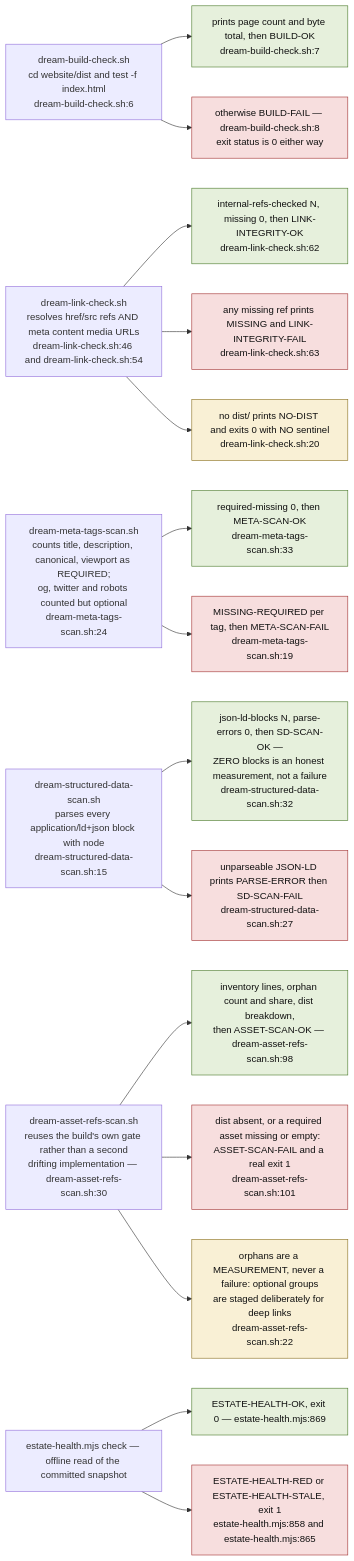
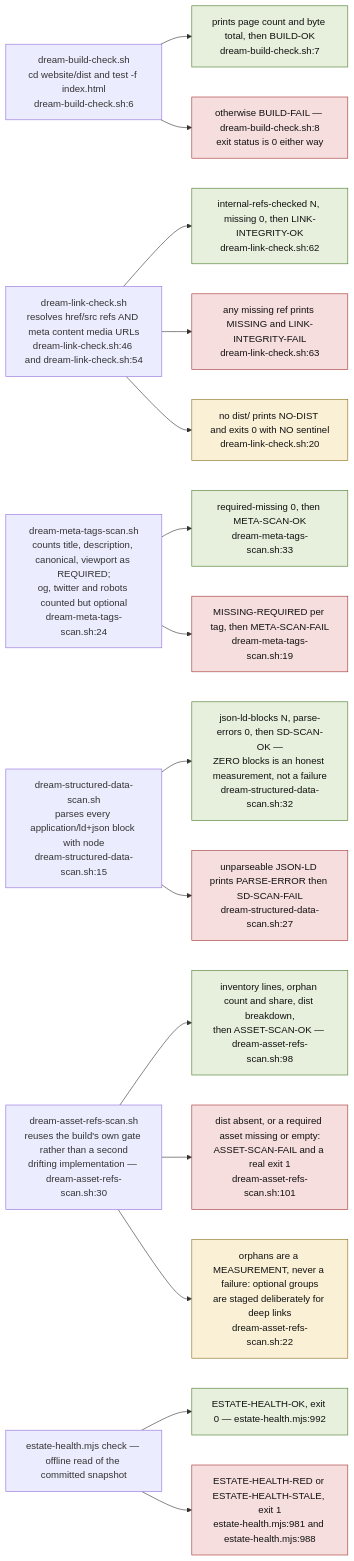
The fourth of 9 diagrams in docs/diagrams/visionflow/04-dream-cycle-integration.md (DreamLab-AI/VisionFlow), drawn with Mermaid before and after one commit. The commit also changed other lines of this file and 94 other files, not shown here.

First line of the commit message:
docs(diagrams): re-verify 130 topics against 2 October HEADs

````diff
--- a/docs/diagrams/visionflow/04-dream-cycle-integration.md
+++ b/docs/diagrams/visionflow/04-dream-cycle-integration.md
@@ -122,32 +122,32 @@
 ```mermaid
 flowchart LR
     classDef pass fill:#e6f0dc,stroke:#4a7a2a,color:#111
     classDef fail fill:#f7dede,stroke:#a33333,color:#111
     classDef odd fill:#f9f0d5,stroke:#8a7020,color:#111
 
     E1["dream-build-check.sh<br/>cd website/dist and test -f index.html<br/>dream-build-check.sh:6"]
     E1 --> E1P["prints page count and byte total, then BUILD-OK<br/>dream-build-check.sh:7"]:::pass
     E1 --> E1F["otherwise BUILD-FAIL — dream-build-check.sh:8<br/>exit status is 0 either way"]:::fail
 
     E2["dream-link-check.sh<br/>resolves href/src refs AND meta content media URLs<br/>dream-link-check.sh:46 and dream-link-check.sh:54"]
     E2 --> E2P["internal-refs-checked N, missing 0, then LINK-INTEGRITY-OK<br/>dream-link-check.sh:62"]:::pass
     E2 --> E2F["any missing ref prints MISSING and LINK-INTEGRITY-FAIL<br/>dream-link-check.sh:63"]:::fail
     E2 --> E2X["no dist/ prints NO-DIST and exits 0 with NO sentinel<br/>dream-link-check.sh:20"]:::odd
 
     E3["dream-meta-tags-scan.sh<br/>counts title, description, canonical, viewport as REQUIRED;<br/>og, twitter and robots counted but optional<br/>dream-meta-tags-scan.sh:24"]
     E3 --> E3P["required-missing 0, then META-SCAN-OK<br/>dream-meta-tags-scan.sh:33"]:::pass
     E3 --> E3F["MISSING-REQUIRED per tag, then META-SCAN-FAIL<br/>dream-meta-tags-scan.sh:19"]:::fail
 
     E4["dream-structured-data-scan.sh<br/>parses every application/ld+json block with node<br/>dream-structured-data-scan.sh:15"]
     E4 --> E4P["json-ld-blocks N, parse-errors 0, then SD-SCAN-OK —<br/>ZERO blocks is an honest measurement, not a failure<br/>dream-structured-data-scan.sh:32"]:::pass
     E4 --> E4F["unparseable JSON-LD prints PARSE-ERROR then SD-SCAN-FAIL<br/>dream-structured-data-scan.sh:27"]:::fail
 
     E5["dream-asset-refs-scan.sh<br/>reuses the build's own gate rather than a second<br/>drifting implementation — dream-asset-refs-scan.sh:30"]
     E5 --> E5P["inventory lines, orphan count and share, dist breakdown,<br/>then ASSET-SCAN-OK — dream-asset-refs-scan.sh:98"]:::pass
     E5 --> E5F["dist absent, or a required asset missing or empty:<br/>ASSET-SCAN-FAIL and a real exit 1<br/>dream-asset-refs-scan.sh:101"]:::fail
     E5 --> E5X["orphans are a MEASUREMENT, never a failure: optional groups<br/>are staged deliberately for deep links<br/>dream-asset-refs-scan.sh:22"]:::odd
 
     E6["estate-health.mjs check — offline read of the committed snapshot"]
-    E6 --> E6P["ESTATE-HEALTH-OK, exit 0 — estate-health.mjs:869"]:::pass
-    E6 --> E6F["ESTATE-HEALTH-RED or ESTATE-HEALTH-STALE, exit 1<br/>estate-health.mjs:858 and estate-health.mjs:865"]:::fail
+    E6 --> E6P["ESTATE-HEALTH-OK, exit 0 — estate-health.mjs:992"]:::pass
+    E6 --> E6F["ESTATE-HEALTH-RED or ESTATE-HEALTH-STALE, exit 1<br/>estate-health.mjs:981 and estate-health.mjs:988"]:::fail
 ```
````
